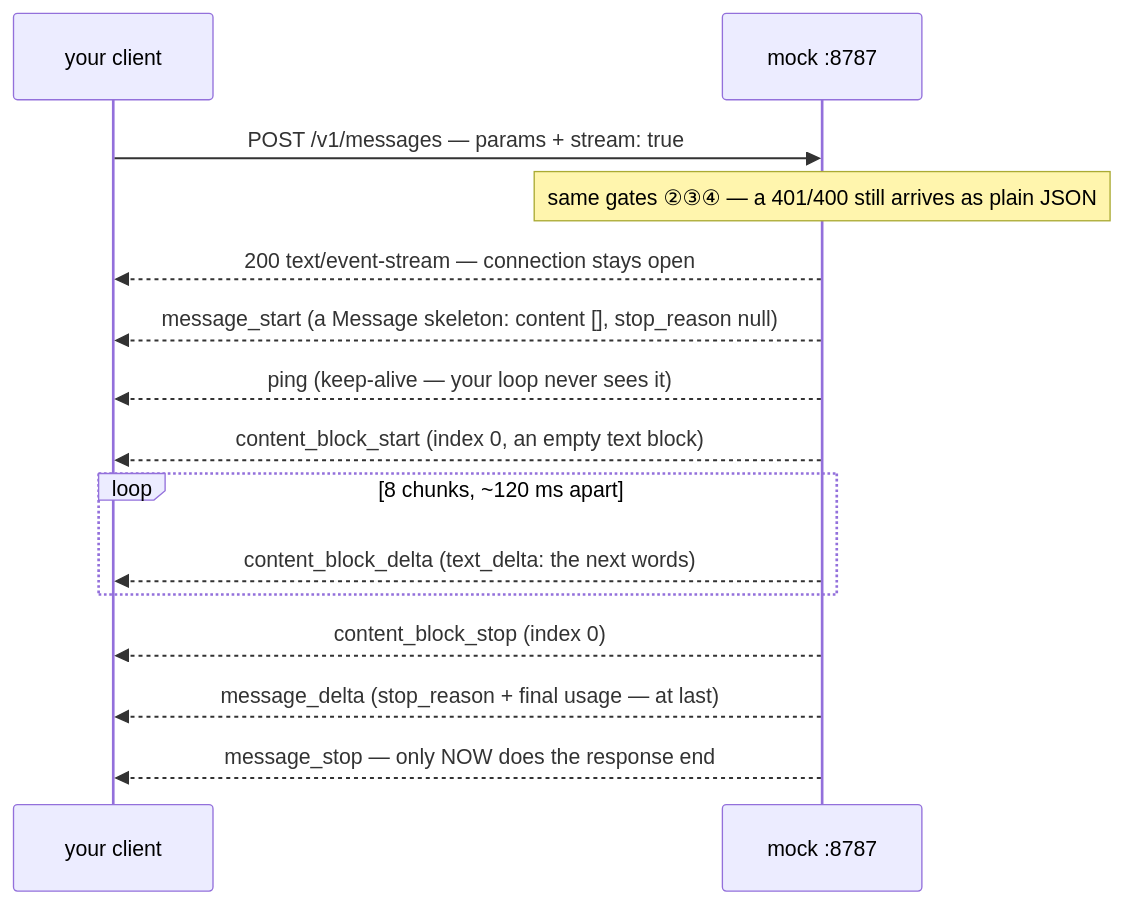
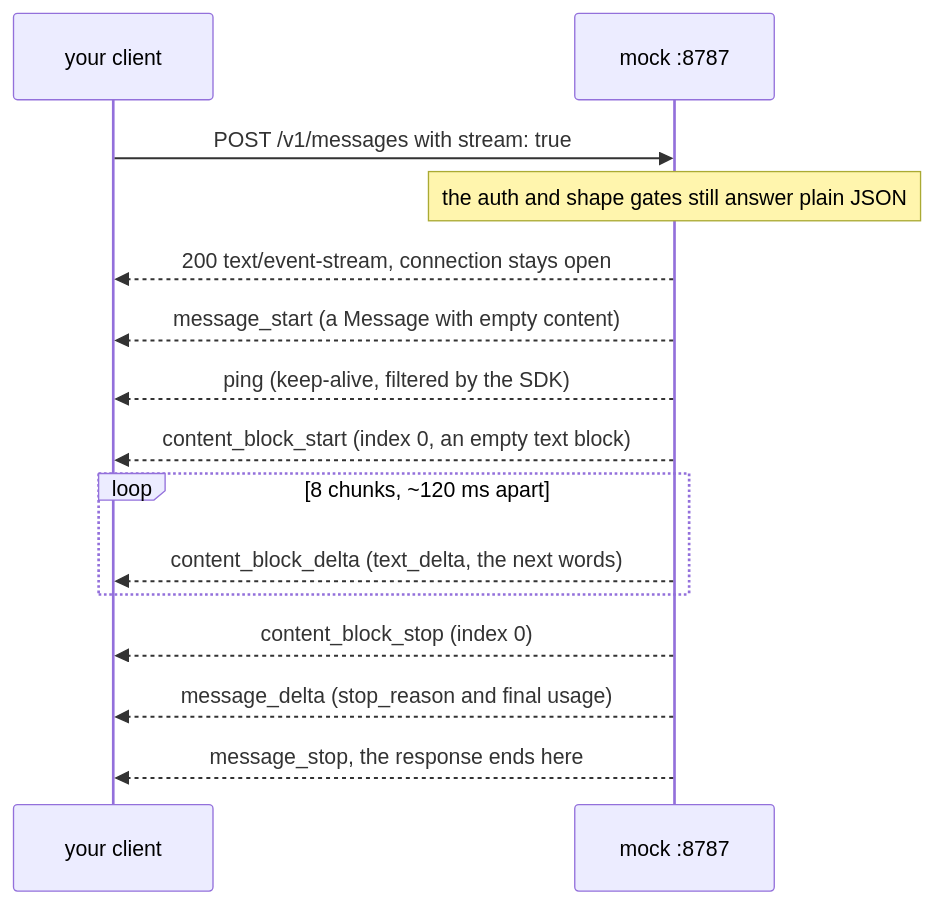
The first of 2 diagrams in wiki/lessons/lesson-0004-the-response-becomes-a-process.md (JozsefKiss90/TS), drawn with Mermaid before and after one commit. The commit also changed other lines of this file and 49 other files, not shown here.

````diff
--- a/wiki/lessons/lesson-0004-the-response-becomes-a-process.md
+++ b/wiki/lessons/lesson-0004-the-response-becomes-a-process.md
@@ -19,17 +19,17 @@
 ```mermaid
 sequenceDiagram
     participant C as your client
     participant M as mock :8787
-    C->>M: POST /v1/messages — params + stream: true
-    Note over M: same gates ②③④ — a 401/400 still arrives as plain JSON
-    M-->>C: 200 text/event-stream — connection stays open
-    M-->>C: message_start (a Message skeleton: content [], stop_reason null)
-    M-->>C: ping (keep-alive — your loop never sees it)
+    C->>M: POST /v1/messages with stream: true
+    Note over M: the auth and shape gates still answer plain JSON
+    M-->>C: 200 text/event-stream, connection stays open
+    M-->>C: message_start (a Message with empty content)
+    M-->>C: ping (keep-alive, filtered by the SDK)
     M-->>C: content_block_start (index 0, an empty text block)
     loop 8 chunks, ~120 ms apart
-        M-->>C: content_block_delta (text_delta: the next words)
+        M-->>C: content_block_delta (text_delta, the next words)
     end
     M-->>C: content_block_stop (index 0)
-    M-->>C: message_delta (stop_reason + final usage — at last)
-    M-->>C: message_stop — only NOW does the response end
+    M-->>C: message_delta (stop_reason and final usage)
+    M-->>C: message_stop, the response ends here
 ```
````
